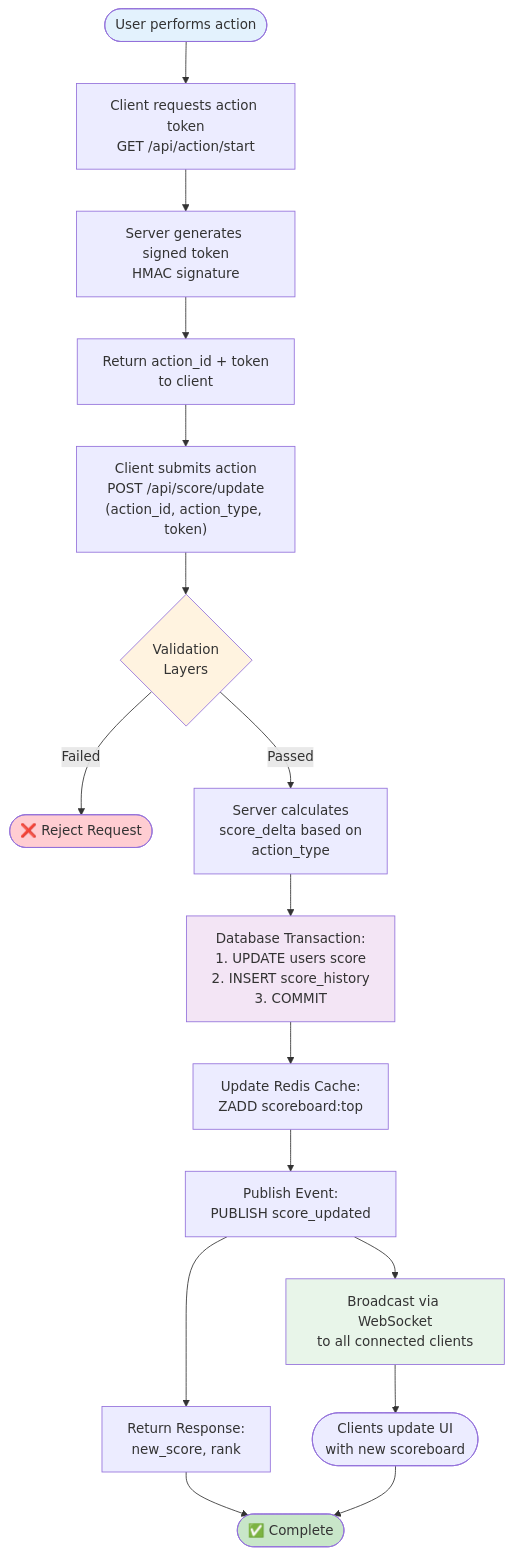
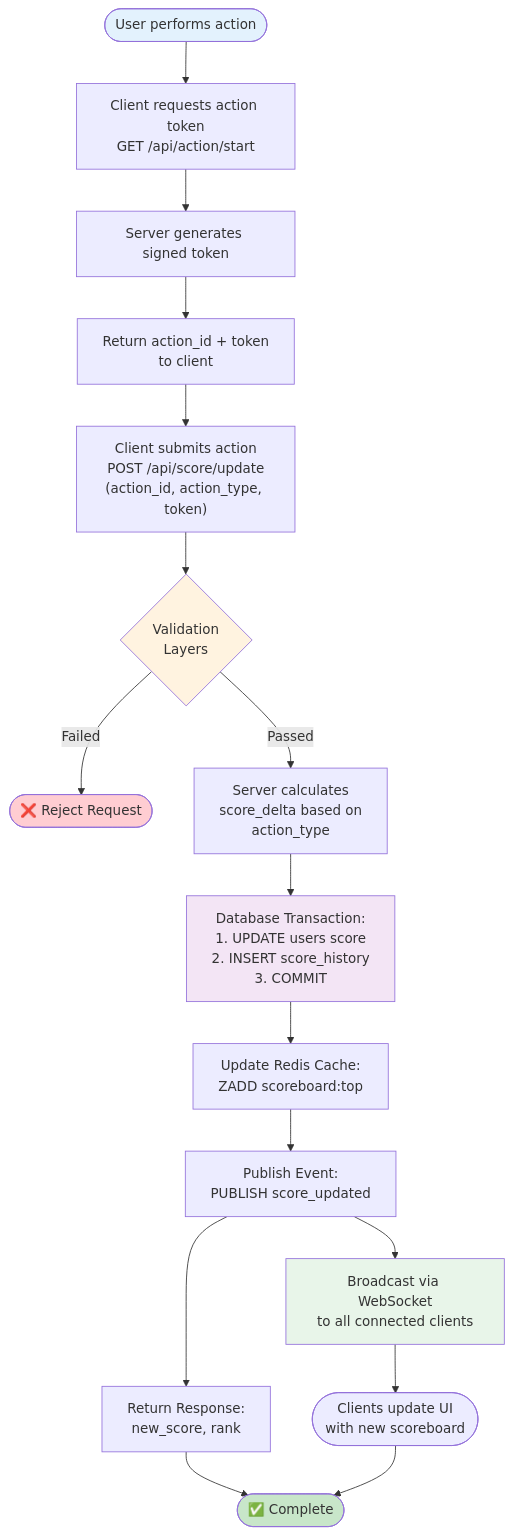
Before and after one commit to JustQu4n/code-challange: the third of 3 diagrams in problem6/ARCHITECTURE.md, drawn with Mermaid. The commit also changed other lines of this file, not shown here.

````diff
--- a/problem6/ARCHITECTURE.md
+++ b/problem6/ARCHITECTURE.md
@@ -326,38 +326,38 @@
  ```mermaid
  flowchart TD
     Start([User performs action]) --> RequestToken[Client requests action token<br/>GET /api/action/start]
     
-    RequestToken --> GenerateToken[Server generates signed token<br/>HMAC signature]
+    RequestToken --> GenerateToken[Server generates signed token]
     
     GenerateToken --> ReturnToken[Return action_id + token<br/>to client]
     
     ReturnToken --> SubmitAction["Client submits action<br/>POST /api/score/update<br/>(action_id, action_type, token)"]
     
     SubmitAction --> Validate{Validation<br/>Layers}
     
     Validate -->|Failed| Reject([❌ Reject Request])
     
     Validate -->|Passed| CalcScore[Server calculates<br/>score_delta based on<br/>action_type]
     
     CalcScore --> Transaction[Database Transaction:<br/>1. UPDATE users score<br/>2. INSERT score_history<br/>3. COMMIT]
     
     Transaction --> UpdateCache[Update Redis Cache:<br/>ZADD scoreboard:top]
     
     UpdateCache --> Publish[Publish Event:<br/>PUBLISH score_updated]
     
     Publish --> Response[Return Response:<br/>new_score, rank]
     
     Publish --> Broadcast[Broadcast via WebSocket<br/>to all connected clients]
     
     Broadcast --> UpdateUI([Clients update UI<br/>with new scoreboard])
     
     Response --> End([✅ Complete])
     UpdateUI --> End
     
     style Start fill:#e3f2fd
     style Validate fill:#fff3e0
     style Transaction fill:#f3e5f5
     style Broadcast fill:#e8f5e9
     style End fill:#c8e6c9
     style Reject fill:#ffcdd2
  ```
````
